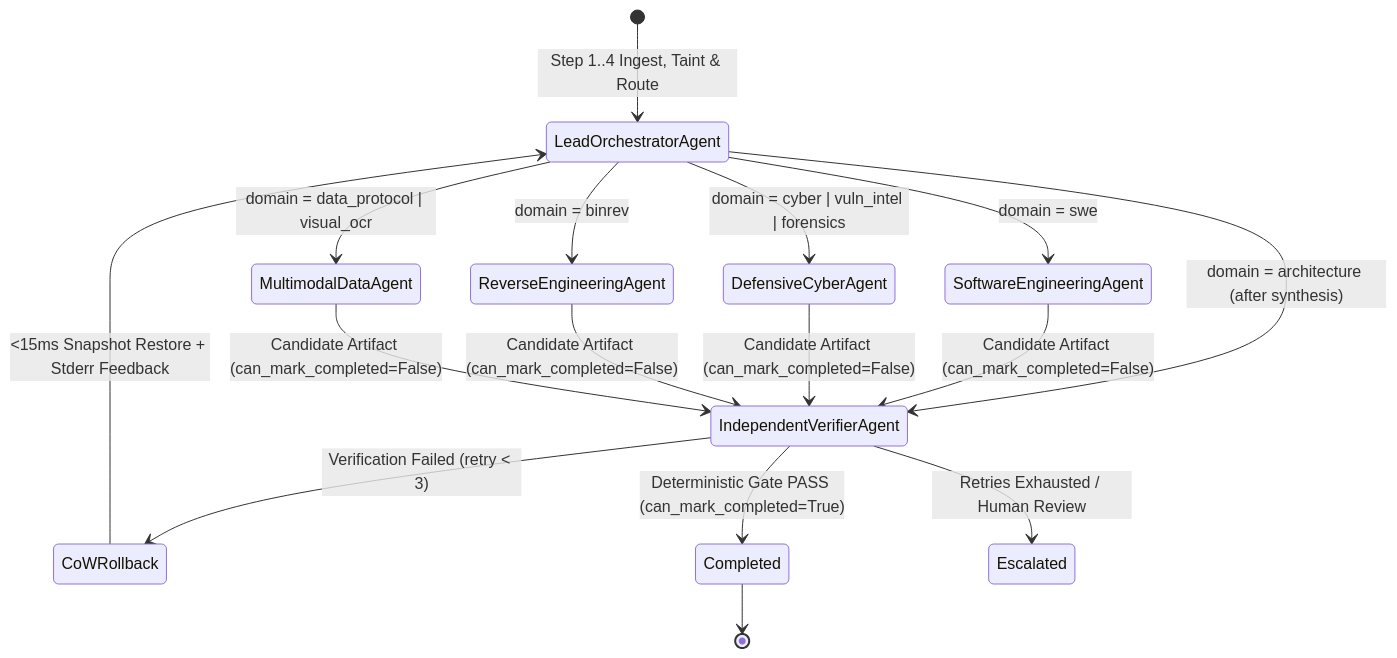
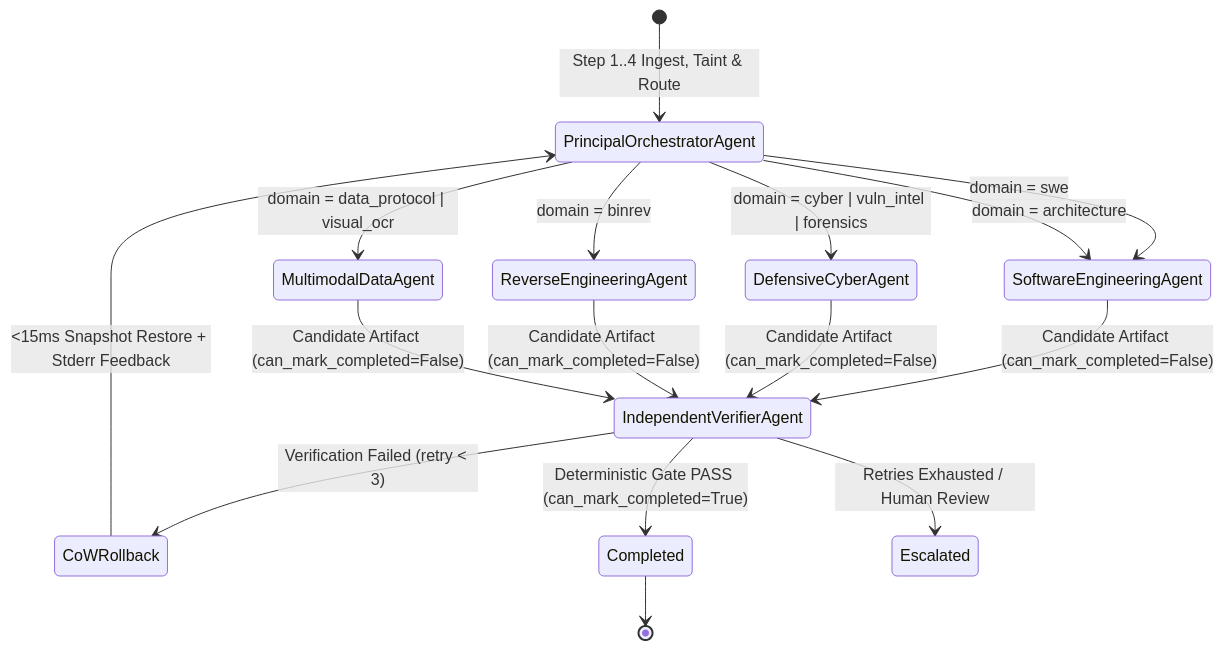
The second of 2 diagrams in .agents/brain/README.md (gballa/ai-model-platform), drawn with Mermaid before and after one commit. The commit also changed other lines of this file and 40 other files, not shown here.

Commit message:
docs: update architecture documentation, agent topology, and symbol indexes

````diff
--- a/.agents/brain/README.md
+++ b/.agents/brain/README.md
@@ -169,20 +169,20 @@
 ```mermaid
 stateDiagram-v2
-    [*] --> LeadOrchestratorAgent: Step 1..4 Ingest, Taint & Route
-    LeadOrchestratorAgent --> SoftwareEngineeringAgent: domain = swe
-    LeadOrchestratorAgent --> DefensiveCyberAgent: domain = cyber | vuln_intel | forensics
-    LeadOrchestratorAgent --> ReverseEngineeringAgent: domain = binrev
-    LeadOrchestratorAgent --> MultimodalDataAgent: domain = data_protocol | visual_ocr
-    LeadOrchestratorAgent --> IndependentVerifierAgent: domain = architecture (after synthesis)
+    [*] --> PrincipalOrchestratorAgent: Step 1..4 Ingest, Taint & Route
+    PrincipalOrchestratorAgent --> SoftwareEngineeringAgent: domain = swe
+    PrincipalOrchestratorAgent --> DefensiveCyberAgent: domain = cyber | vuln_intel | forensics
+    PrincipalOrchestratorAgent --> ReverseEngineeringAgent: domain = binrev
+    PrincipalOrchestratorAgent --> MultimodalDataAgent: domain = data_protocol | visual_ocr
+    PrincipalOrchestratorAgent --> SoftwareEngineeringAgent: domain = architecture
 
     SoftwareEngineeringAgent --> IndependentVerifierAgent: Candidate Artifact (can_mark_completed=False)
     DefensiveCyberAgent --> IndependentVerifierAgent: Candidate Artifact (can_mark_completed=False)
     ReverseEngineeringAgent --> IndependentVerifierAgent: Candidate Artifact (can_mark_completed=False)
     MultimodalDataAgent --> IndependentVerifierAgent: Candidate Artifact (can_mark_completed=False)
 
     IndependentVerifierAgent --> CoWRollback: Verification Failed (retry < 3)
-    CoWRollback --> LeadOrchestratorAgent: <15ms Snapshot Restore + Stderr Feedback
+    CoWRollback --> PrincipalOrchestratorAgent: <15ms Snapshot Restore + Stderr Feedback
     IndependentVerifierAgent --> Completed: Deterministic Gate PASS (can_mark_completed=True)
     IndependentVerifierAgent --> Escalated: Retries Exhausted / Human Review
     Completed --> [*]
 ```
````
